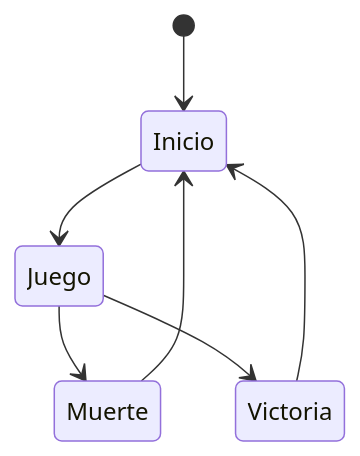
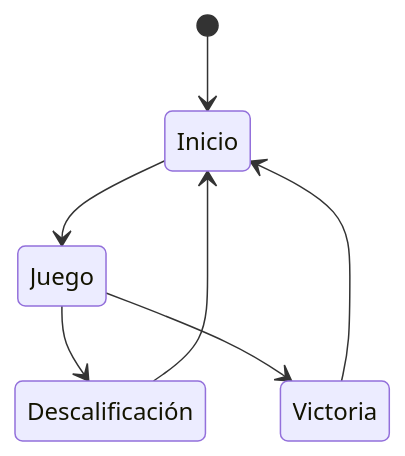
Before and after one commit to narratech/DEV00-G00-P0: the first of 2 diagrams in README.md, drawn with Mermaid. The commit also changed other lines of this file, not shown here.

````diff
--- a/README.md
+++ b/README.md
@@ -56,9 +42,9 @@
 ```mermaid
 stateDiagram
     [*] --> Inicio
     Inicio --> Juego
-    Juego --> Muerte
+    Juego --> Descalificación
     Juego --> Victoria
-    Muerte --> Inicio
     Victoria --> Inicio
+    Descalificación --> Inicio
 ```
````
